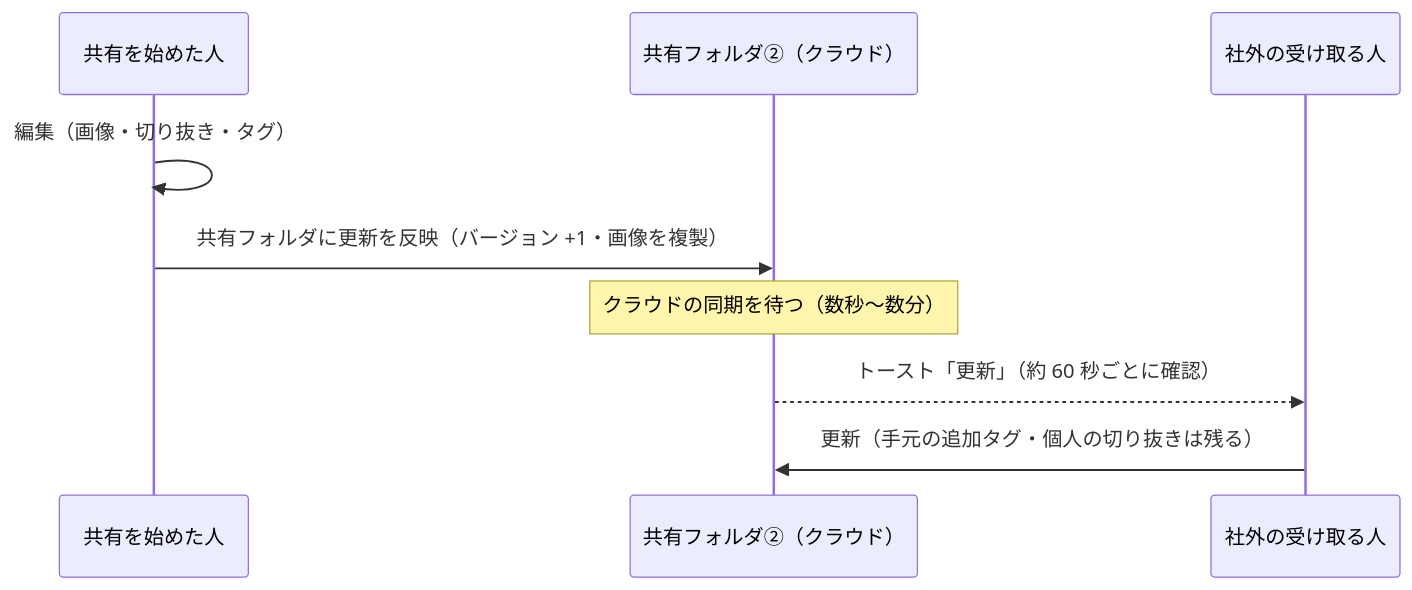
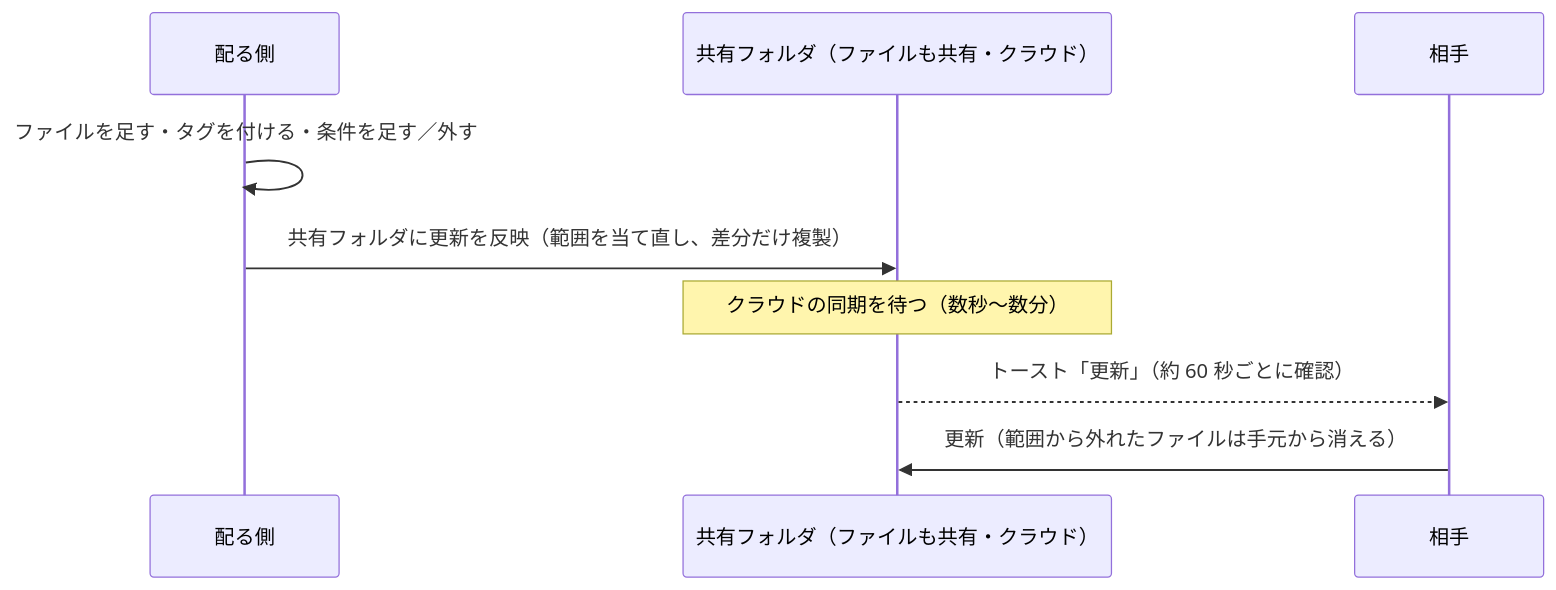
One commit to animtools/RefPicker changed the sixth of 16 diagrams in SYNC_GUIDE.md. Above: the diagram before and after it, drawn with Mermaid. The commit also changed other lines of this file and 27 other files, not shown here.

First line of the commit message:
docs: 0.6.0 の公開文書（扱えるファイル・共有先の渡し方と範囲・自由タグのピッカーとタグの管理・起動時の新しいバージョンの確認など）と CHANGELOG、図を 0.6.0 の画面にする

````diff
--- a/SYNC_GUIDE.md
+++ b/SYNC_GUIDE.md
@@ -228,11 +304,11 @@
 ```mermaid
 sequenceDiagram
-    participant S as 共有を始めた人
-    participant SF as 共有フォルダ②（クラウド）
-    participant A as 社外の受け取る人
-    S->>S: 編集（画像・切り抜き・タグ）
-    S->>SF: 共有フォルダに更新を反映（バージョン +1・画像を複製）
+    participant S as 配る側
+    participant SF as 共有フォルダ（ファイルも共有・クラウド）
+    participant A as 相手
+    S->>S: ファイルを足す・タグを付ける・条件を足す／外す
+    S->>SF: 共有フォルダに更新を反映（範囲を当て直し、差分だけ複製）
     Note over SF: クラウドの同期を待つ（数秒〜数分）
     SF-->>A: トースト「更新」（約 60 秒ごとに確認）
-    A->>SF: 更新（手元の追加タグ・個人の切り抜きは残る）
+    A->>SF: 更新（範囲から外れたファイルは手元から消える）
 ```
````
